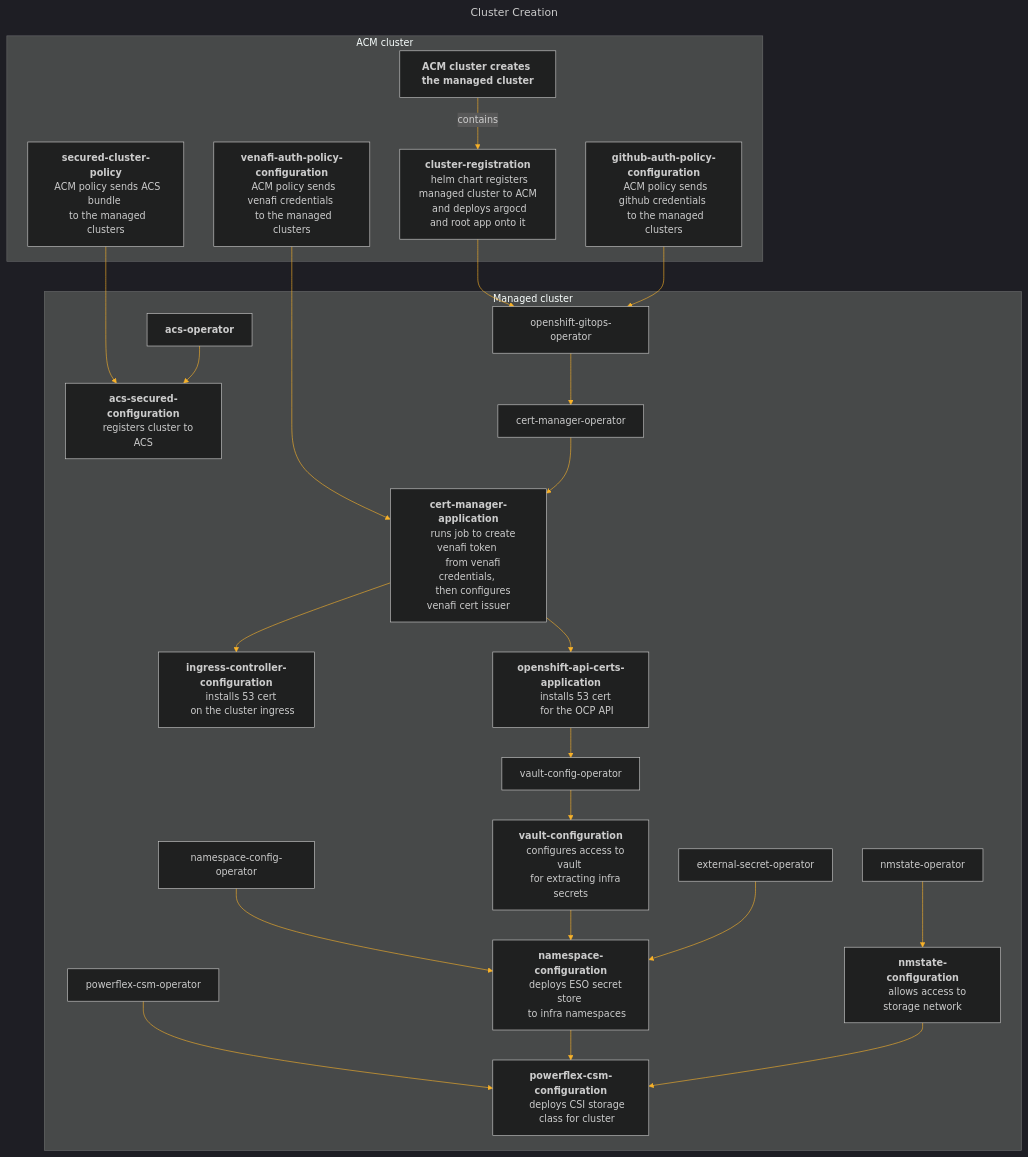
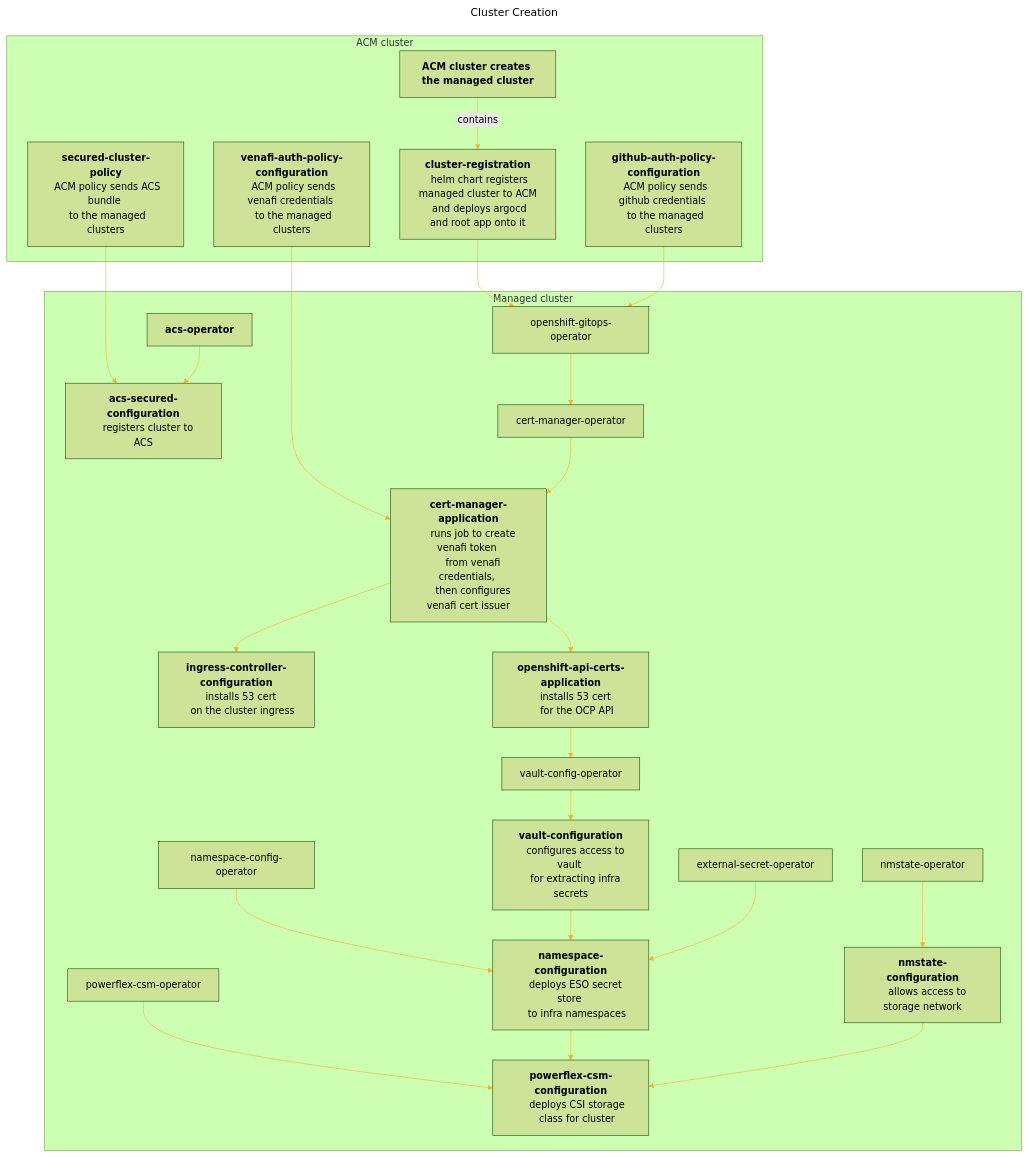
Before and after one commit to mmwillingham/acm: the diagram in test-mermaid/test-mermaid.build.md, drawn with Mermaid.

````diff
--- a/test-mermaid/test-mermaid.build.md
+++ b/test-mermaid/test-mermaid.build.md
@@ -2,68 +2,68 @@
 ```mermaid
 ---
 title: Cluster Creation
 ---
 %%{
   init: {
-    'theme': 'dark',
+    'theme': 'forest',
     'themeVariables': {
       'primaryColor': '#BB2528',
       'primaryTextColor': '#fff',
       'primaryBorderColor': '#7C0000',
       'lineColor': '#F8B229',
       'secondaryColor': '#006100',
       'tertiaryColor': '#fff'
     }
   }
 }%%
 flowchart TD
 venafi-auth-policy-configuration --> cert-manager-application
 cluster-registration --> openshift-gitops-operator
 github-auth-policy-configuration --> openshift-gitops-operator
 secured-cluster-policy --> acs-secured-configuration
 subgraph ACM cluster
 xxx-cluster["<b>ACM cluster creates the managed cluster</b>"] -- contains --> cluster-registration["<b>cluster-registration</b>
   helm chart registers managed cluster to ACM
   and deploys argocd and root app onto it"]
 venafi-auth-policy-configuration["<b>venafi-auth-policy-configuration</b>
   ACM policy sends venafi credentials 
   to the managed clusters"]
 github-auth-policy-configuration["<b>github-auth-policy-configuration</b>
   ACM policy sends github credentials 
   to the managed clusters"]
 secured-cluster-policy["<b>secured-cluster-policy</b>
   ACM policy sends ACS bundle 
   to the managed clusters"]
 end
 subgraph Managed cluster
 openshift-gitops-operator --> cert-manager-operator
 cert-manager-operator --> cert-manager-application["<b>cert-manager-application</b>
     runs job to create venafi token 
     from venafi credentials, 
     then configures venafi cert issuer"]
 cert-manager-application --> ingress-controller-configuration["<b>ingress-controller-configuration</b>
     installs 53 cert 
     on the cluster ingress"]
 cert-manager-application --> openshift-api-certs-application["<b>openshift-api-certs-application</b>
     installs 53 cert 
     for the OCP API"]    
 openshift-api-certs-application --> vault-config-operator
 vault-config-operator --> vault-configuration["<b>vault-configuration</b>
     configures access to vault 
     for extracting infra secrets"]
 nmstate-operator --> nmstate-configuration["<b>nmstate-configuration</b>
     allows access to storage network"]
 namespace-config-operator --> namespace-configuration["<b>namespace-configuration</b>
     deploys ESO secret store 
     to infra namespaces"]
 vault-configuration --> namespace-configuration
 external-secret-operator --> namespace-configuration
 powerflex-csm-operator --> powerflex-csm-configuration["<b>powerflex-csm-configuration</b>
     deploys CSI storage
     class for cluster"]
 namespace-configuration --> powerflex-csm-configuration
 nmstate-configuration --> powerflex-csm-configuration
 acs-operator["<b>acs-operator</b>"] --> acs-secured-configuration["<b>acs-secured-configuration</b>
     registers cluster to ACS"]    
 end
 ```
````
